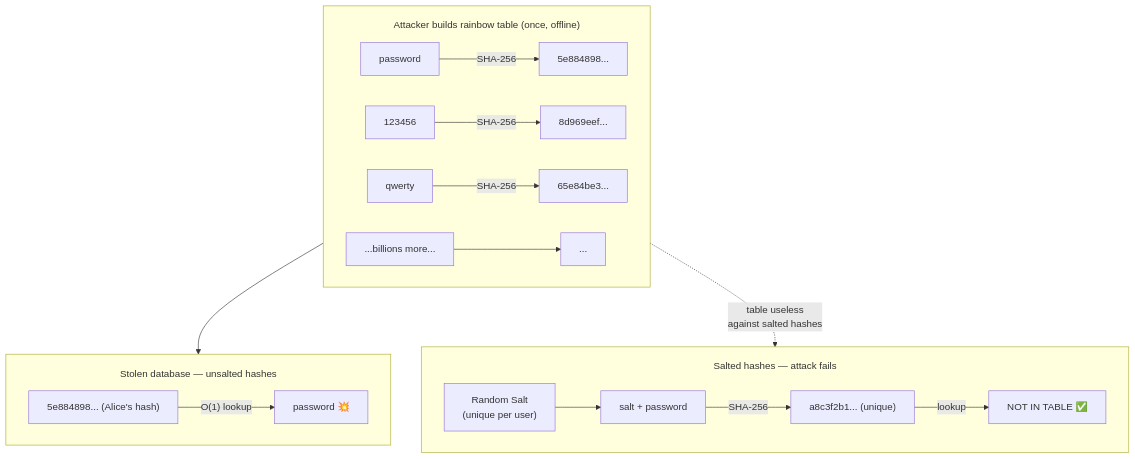
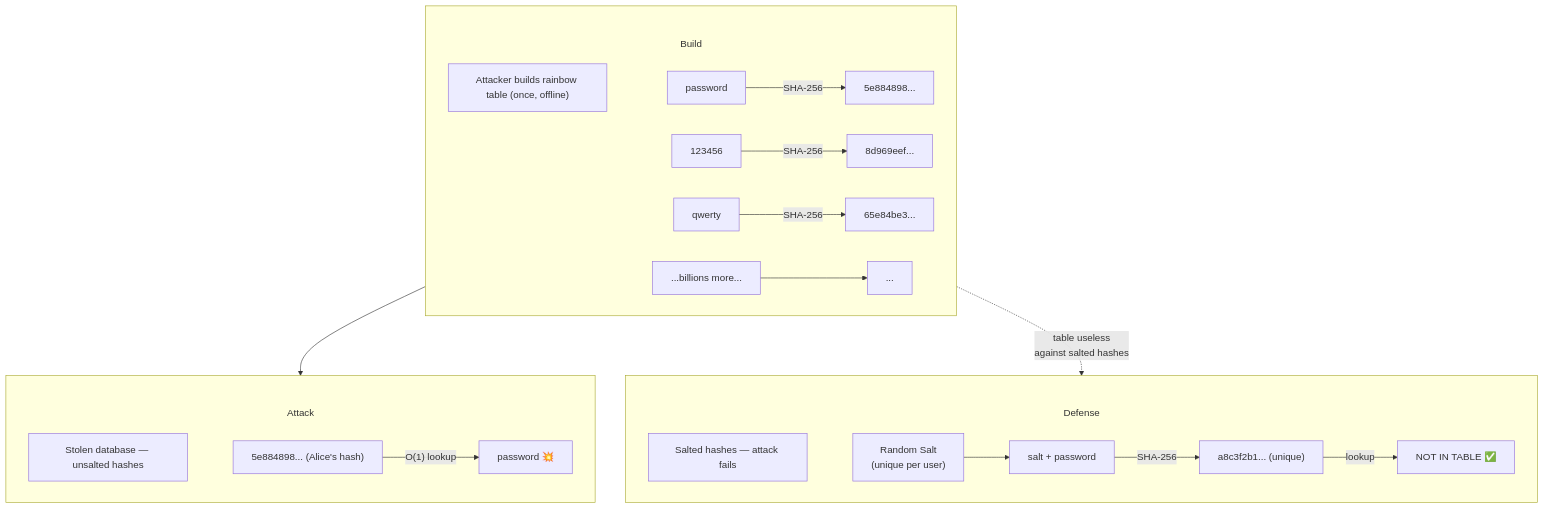
One commit to csoares/SecurityJava changed diagram 18 of 19 in README.md. Above: the diagram before and after it, drawn with Mermaid. The commit also changed other lines of this file and 11 other files, not shown here.

First line of the commit message:
Fix Mermaid subgraph title overlap by moving labels into title nodes

````diff
--- a/README.md
+++ b/README.md
@@ -503,23 +535,29 @@
 ```mermaid
-%%{init: {'flowchart': {'subGraphTitleMargin': {'top': 20, 'bottom': 5}}}}%%
+%%{init: {'flowchart': {'subGraphTitleMargin': {'top': 50, 'bottom': 10}}}}%%
 flowchart TD
-    subgraph Build ["Attacker builds rainbow table (once, offline)"]
+    subgraph Build
+        T_Build["Attacker builds rainbow table (once, offline)"]
+        T_Build ~~~ PW1
         PW1["password"] -->|SHA-256| H1["5e884898..."]
         PW2["123456"] -->|SHA-256| H2["8d969eef..."]
         PW3["qwerty"] -->|SHA-256| H3["65e84be3..."]
         PW4["...billions more..."] --> H4["..."]
     end
 
-    subgraph Attack ["Stolen database — unsalted hashes"]
+    subgraph Attack
+        T_Attack["Stolen database — unsalted hashes"]
+        T_Attack ~~~ STOLEN
         STOLEN["5e884898... (Alice's hash)"] -->|"O(1) lookup"| FOUND["password 💥"]
     end
 
-    subgraph Defense ["Salted hashes — attack fails"]
+    subgraph Defense
+        T_Defense["Salted hashes — attack fails"]
+        T_Defense ~~~ SALT
         SALT["Random Salt<br/>(unique per user)"] --> COMBINE["salt + password"]
         COMBINE -->|SHA-256| UNIQUE["a8c3f2b1... (unique)"]
         UNIQUE -->|"lookup"| NOTFOUND["NOT IN TABLE ✅"]
     end
 
     Build --> Attack
     Build -.->|"table useless<br/>against salted hashes"| Defense
 ```
````
